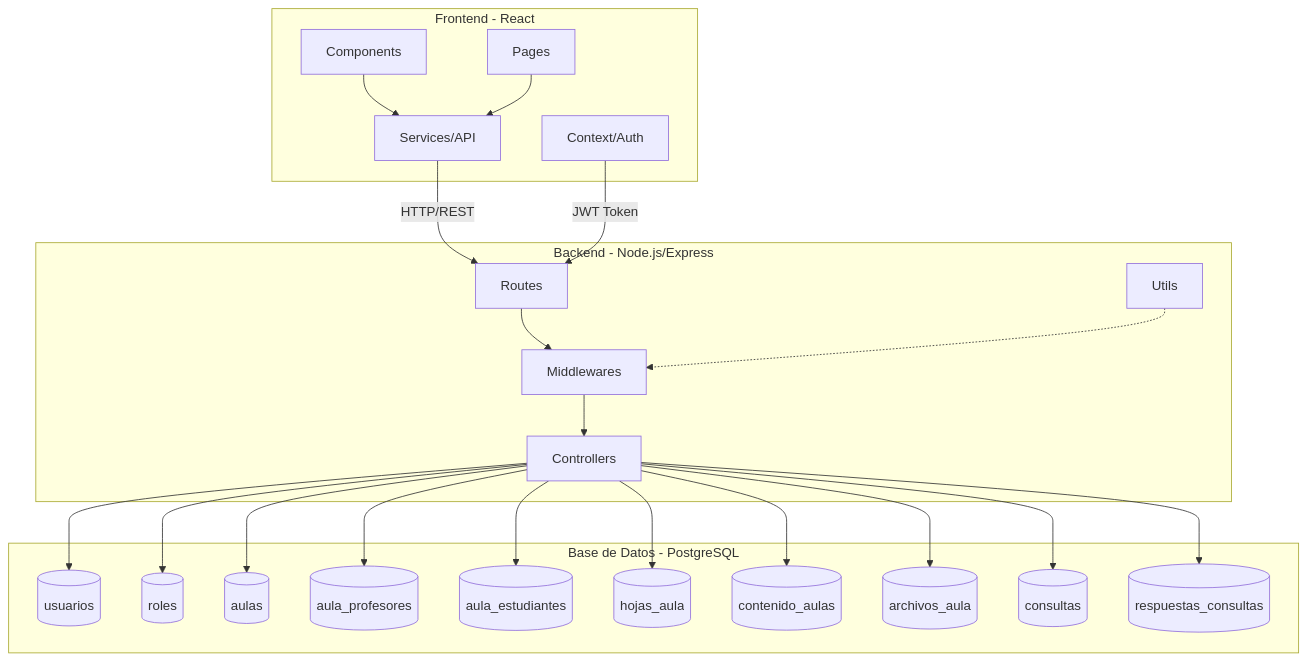
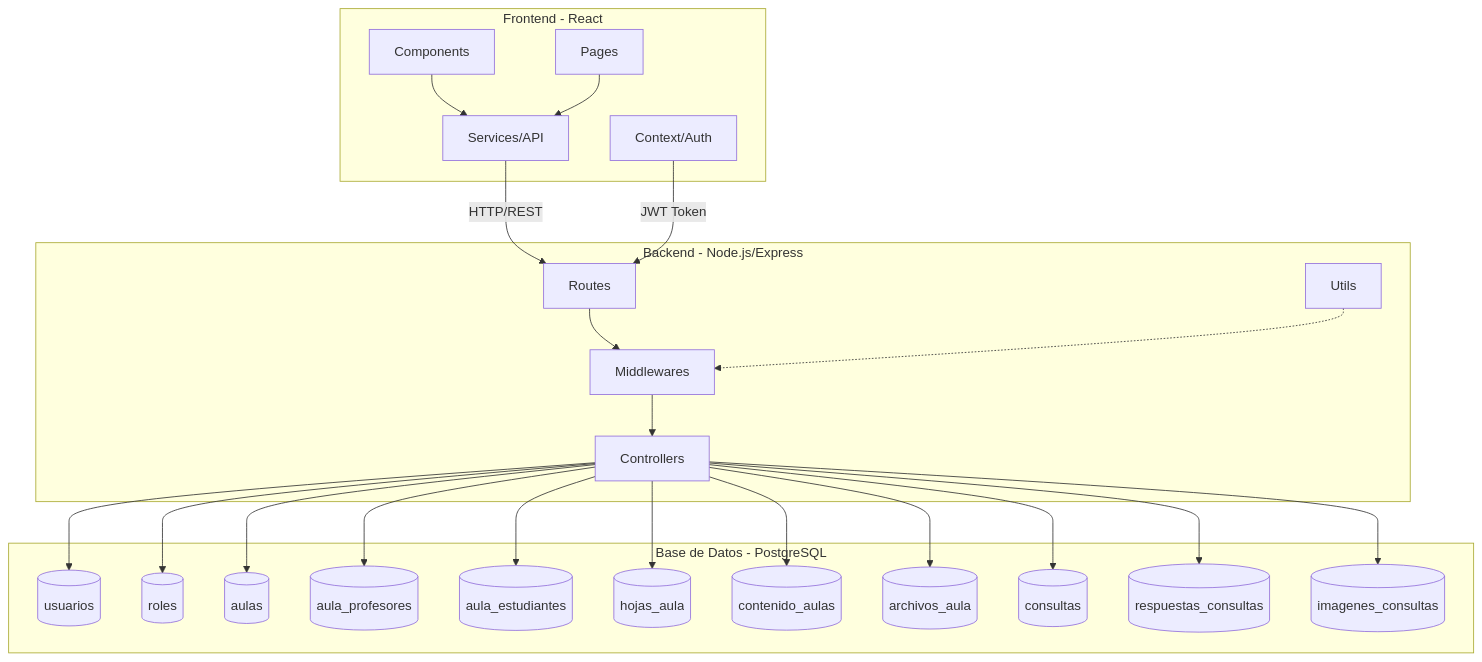
The first of 4 diagrams in README.md (NicoMagro/AulaVirtual), drawn with Mermaid before and after one commit. The commit also changed other lines of this file and 6 other files, not shown here.

````diff
--- a/README.md
+++ b/README.md
@@ -7,47 +7,49 @@
 ```mermaid
 graph TB
     subgraph "Frontend - React"
         A[Components]
         B[Pages]
         C[Services/API]
         D[Context/Auth]
     end
 
     subgraph "Backend - Node.js/Express"
         E[Routes]
         F[Controllers]
         G[Middlewares]
         H[Utils]
     end
 
     subgraph "Base de Datos - PostgreSQL"
         I[(usuarios)]
         J[(roles)]
         K[(aulas)]
         L[(aula_profesores)]
         M[(aula_estudiantes)]
         N[(hojas_aula)]
         O[(contenido_aulas)]
         P[(archivos_aula)]
         Q[(consultas)]
         R[(respuestas_consultas)]
+        S[(imagenes_consultas)]
     end
 
     A --> C
     B --> C
     C --> |HTTP/REST| E
     D --> |JWT Token| E
     E --> G
     G --> F
     F --> I
     F --> J
     F --> K
     F --> L
     F --> M
     F --> N
     F --> O
     F --> P
     F --> Q
     F --> R
+    F --> S
     H -.-> G
 ```
````
